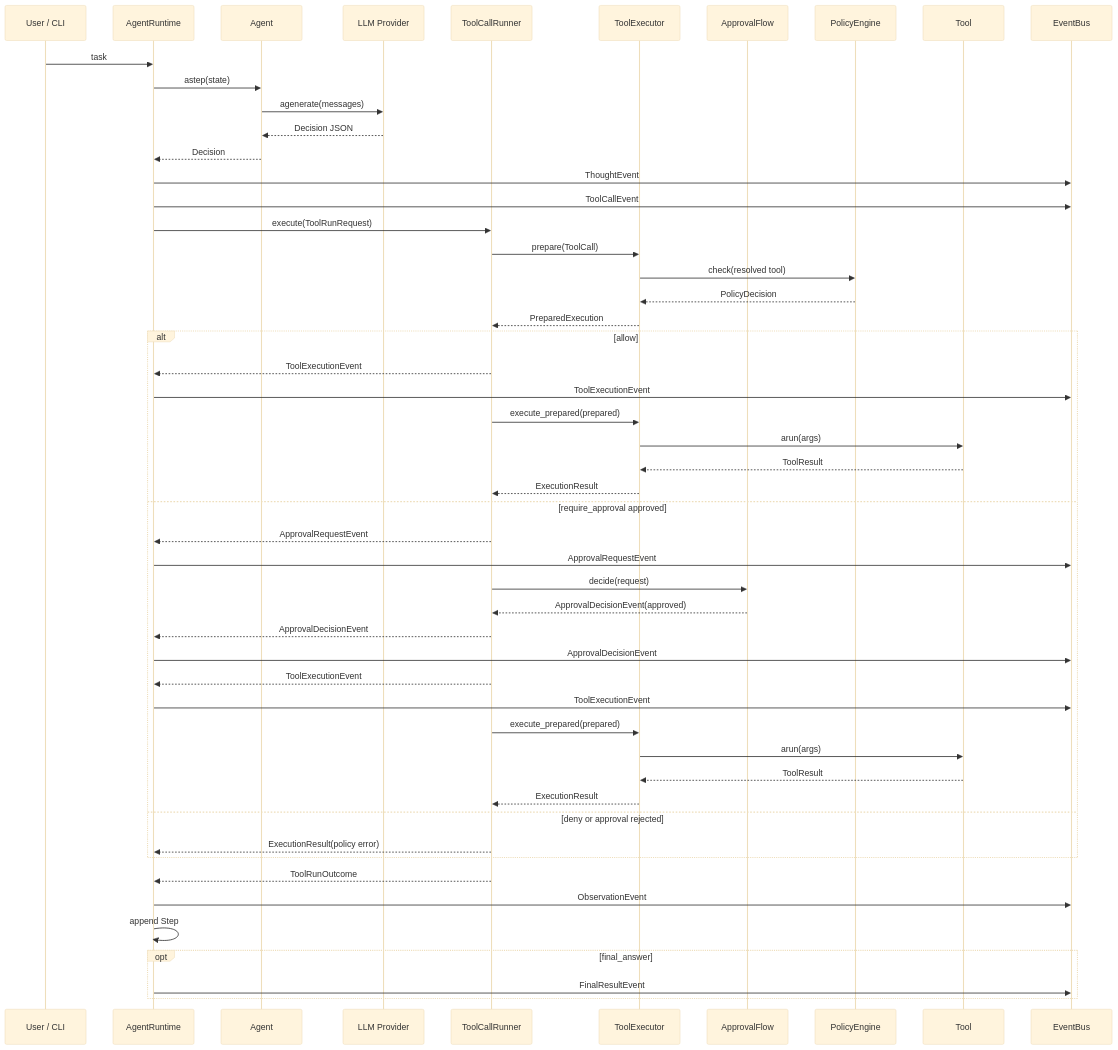
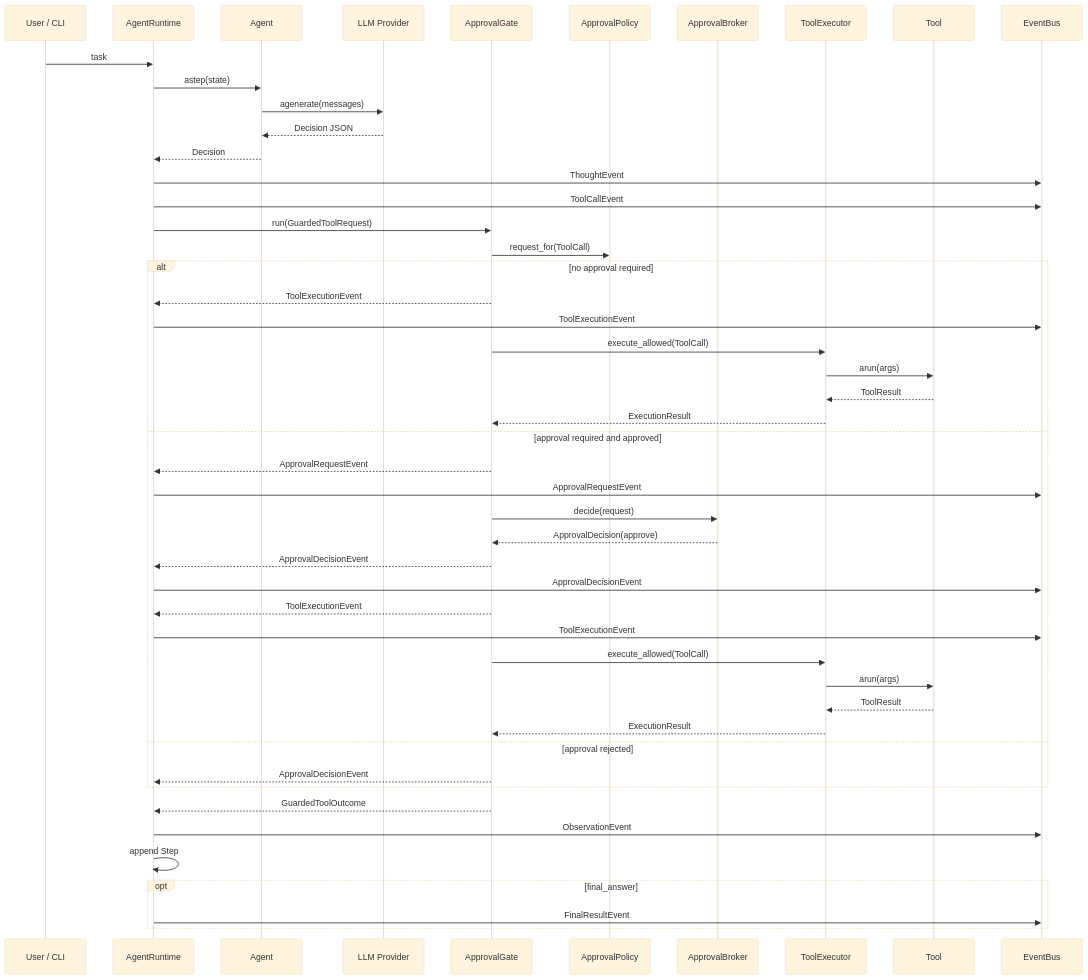
One commit to Dabuliule/codecraft changed the second of 2 diagrams in docs/ARCHITECTURE.md. Above: the diagram before and after it, drawn with Mermaid (base theme). The commit also changed other lines of this file and 20 other files, not shown here.

Commit message:
refactor: restructure approval gate

````diff
--- a/docs/ARCHITECTURE.md
+++ b/docs/ARCHITECTURE.md
@@ -47,55 +47,52 @@
 ```mermaid
 sequenceDiagram
     participant U as User / CLI
     participant R as AgentRuntime
     participant A as Agent
     participant L as LLM Provider
-    participant S as ToolCallRunner
+    participant G as ApprovalGate
+    participant AP as ApprovalPolicy
+    participant AB as ApprovalBroker
     participant E as ToolExecutor
-    participant F as ApprovalFlow
-    participant P as PolicyEngine
     participant T as Tool
     participant B as EventBus
 
     U->>R: task
     R->>A: astep(state)
     A->>L: agenerate(messages)
     L-->>A: Decision JSON
     A-->>R: Decision
     R->>B: ThoughtEvent
     R->>B: ToolCallEvent
-    R->>S: execute(ToolRunRequest)
-    S->>E: prepare(ToolCall)
-    E->>P: check(resolved tool)
-    P-->>E: PolicyDecision
-    E-->>S: PreparedExecution
-    alt allow
-        S-->>R: ToolExecutionEvent
+    R->>G: run(GuardedToolRequest)
+    G->>AP: request_for(ToolCall)
+    alt no approval required
+        G-->>R: ToolExecutionEvent
         R->>B: ToolExecutionEvent
-        S->>E: execute_prepared(prepared)
+        G->>E: execute_allowed(ToolCall)
         E->>T: arun(args)
         T-->>E: ToolResult
-        E-->>S: ExecutionResult
-    else require_approval approved
-        S-->>R: ApprovalRequestEvent
+        E-->>G: ExecutionResult
+    else approval required and approved
+        G-->>R: ApprovalRequestEvent
         R->>B: ApprovalRequestEvent
-        S->>F: decide(request)
-        F-->>S: ApprovalDecisionEvent(approved)
-        S-->>R: ApprovalDecisionEvent
+        G->>AB: decide(request)
+        AB-->>G: ApprovalDecision(approve)
+        G-->>R: ApprovalDecisionEvent
         R->>B: ApprovalDecisionEvent
-        S-->>R: ToolExecutionEvent
+        G-->>R: ToolExecutionEvent
         R->>B: ToolExecutionEvent
-        S->>E: execute_prepared(prepared)
+        G->>E: execute_allowed(ToolCall)
         E->>T: arun(args)
         T-->>E: ToolResult
-        E-->>S: ExecutionResult
-    else deny or approval rejected
-        S-->>R: ExecutionResult(policy error)
+        E-->>G: ExecutionResult
+    else approval rejected
+        G-->>R: ApprovalDecisionEvent
     end
-    S-->>R: ToolRunOutcome
+    G-->>R: GuardedToolOutcome
     R->>B: ObservationEvent
     R->>R: append Step
     opt final_answer
         R->>B: FinalResultEvent
     end
 ```
````
